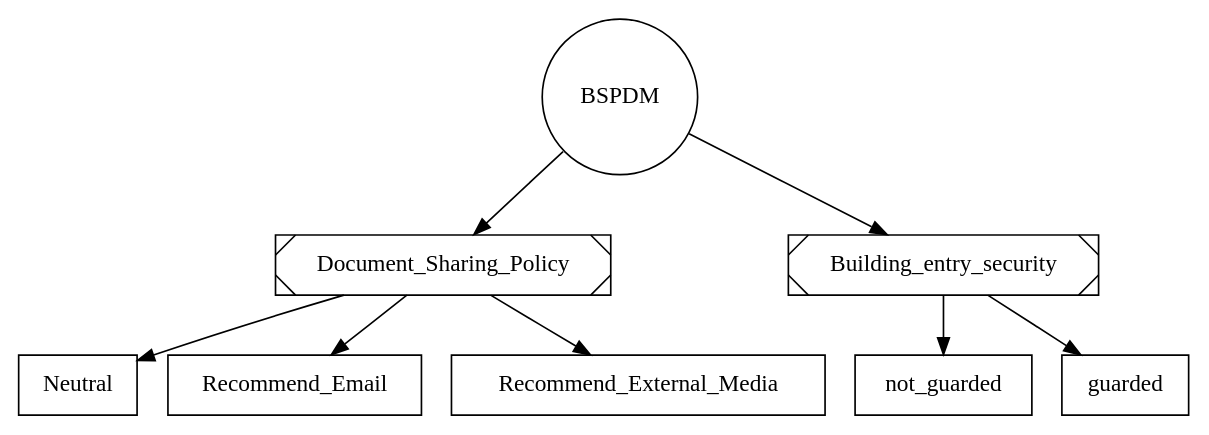
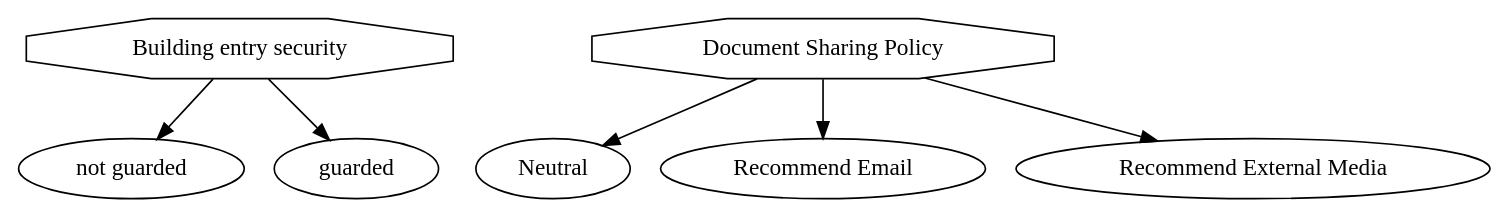
The diagram in uk.ac.ucl.cs.results/BSPDM/graph/dgraph.dot (sbusari/RADAR2), drawn with Graphviz before and after one commit. The commit also changed 25 other files, not shown here.

```diff
--- a/uk.ac.ucl.cs.results/BSPDM/graph/dgraph.dot
+++ b/uk.ac.ucl.cs.results/BSPDM/graph/dgraph.dot
@@ -1,19 +1,9 @@
 digraph G { 
-rankdir = BT; 
-edge[dir=back]; 
-BSPDM[shape=circle]
-"Document_Sharing_Policy"[shape=polygon, style=diagonals]
-"Neutral"[shape=box]
-"Recommend_Email"[shape=box]
-"Recommend_External_Media"[shape=box]
-"Building_entry_security"[shape=polygon, style=diagonals]
-"not_guarded"[shape=box]
-"guarded"[shape=box]
-"Neutral"->"Document_Sharing_Policy"
-"Recommend_Email"->"Document_Sharing_Policy"
-"Recommend_External_Media"->"Document_Sharing_Policy"
-"not_guarded"->"Building_entry_security"
-"guarded"->"Building_entry_security"
-"Document_Sharing_Policy"->BSPDM
-"Building_entry_security"->BSPDM
+"Building entry security" [shape = polygon, sides =8] 
+"Building entry security" -> "not guarded"
+"Building entry security" -> "guarded"
+"Document Sharing Policy" [shape = polygon, sides =8] 
+"Document Sharing Policy" -> "Neutral"
+"Document Sharing Policy" -> "Recommend Email"
+"Document Sharing Policy" -> "Recommend External Media"
 }
```
